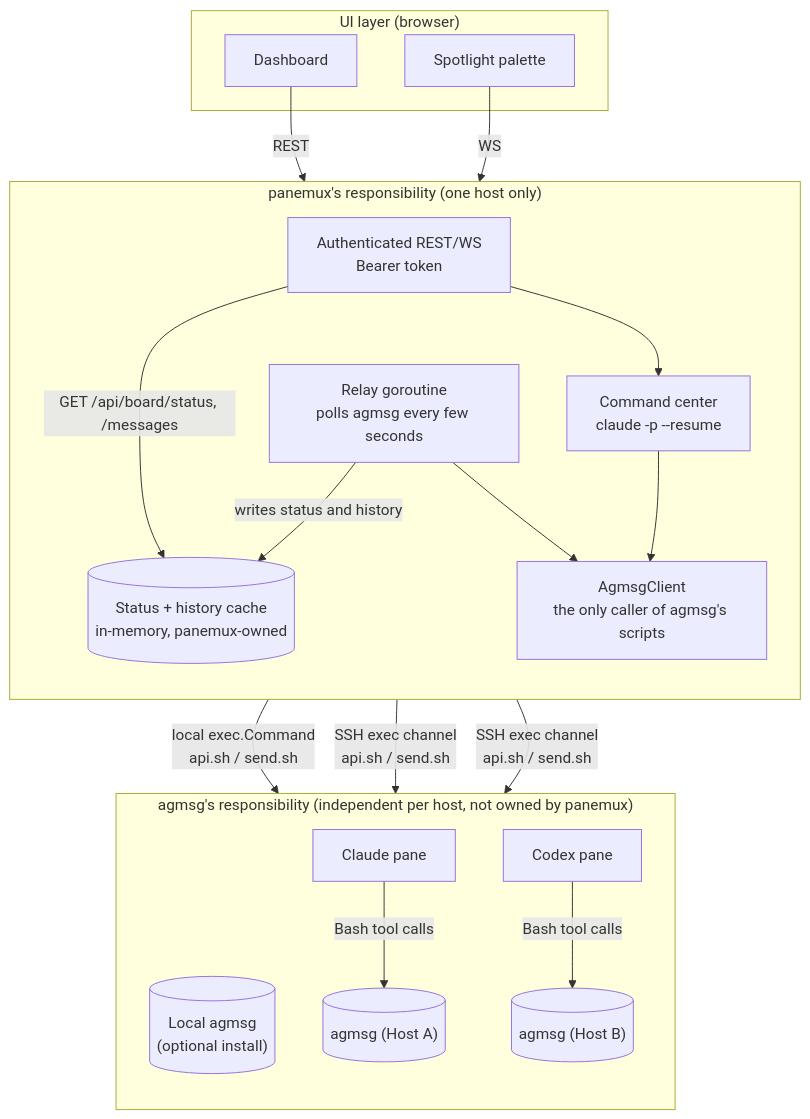
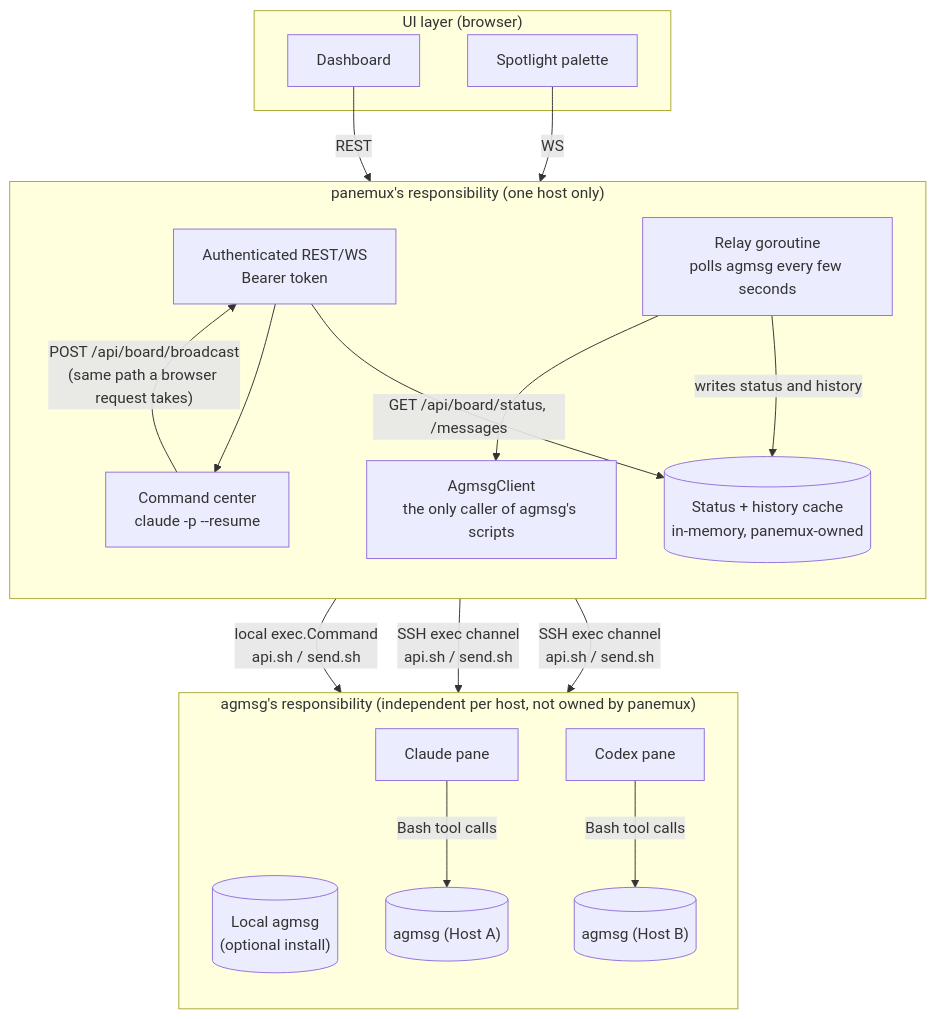
Before and after one commit to tomo-chan/panemux: the second of 4 diagrams in docs/agent-board.md, drawn with Mermaid. The commit also changed other lines of this file, not shown here.

````diff
--- a/docs/agent-board.md
+++ b/docs/agent-board.md
@@ -126,39 +136,39 @@
 ```mermaid
 flowchart TB
     subgraph UILayer["UI layer (browser)"]
         Dashboard["Dashboard"]
         Palette["Spotlight palette"]
     end
 
     subgraph PanemuxBoundary["panemux's responsibility (one host only)"]
         direction TB
         AuthAPI["Authenticated REST/WS<br/>Bearer token"]
         BoardCache[("Status + history cache<br/>in-memory, panemux-owned")]
         Relay["Relay goroutine<br/>polls agmsg every few seconds"]
         CmdCenter["Command center<br/>claude -p --resume"]
         AgmsgClient["AgmsgClient<br/>the only caller of agmsg's scripts"]
 
         AuthAPI -->|"GET /api/board/status, /messages"| BoardCache
         AuthAPI --> CmdCenter
+        CmdCenter -->|"POST /api/board/broadcast<br/>(same path a browser request takes)"| AuthAPI
         Relay -->|"writes status and history"| BoardCache
         Relay --> AgmsgClient
-        CmdCenter --> AgmsgClient
     end
 
     subgraph AgmsgBoundary["agmsg's responsibility (independent per host, not owned by panemux)"]
         direction TB
         AgmsgLocal[("Local agmsg<br/>(optional install)")]
         AgmsgA[("agmsg (Host A)")]
         ClaudeA["Claude pane"]
         AgmsgB[("agmsg (Host B)")]
         CodexB["Codex pane"]
         ClaudeA -->|"Bash tool calls"| AgmsgA
         CodexB -->|"Bash tool calls"| AgmsgB
     end
 
     Dashboard -->|"REST"| AuthAPI
     Palette -->|"WS"| AuthAPI
     AgmsgClient -->|"local exec.Command<br/>api.sh / send.sh"| AgmsgLocal
     AgmsgClient -->|"SSH exec channel<br/>api.sh / send.sh"| AgmsgA
     AgmsgClient -->|"SSH exec channel<br/>api.sh / send.sh"| AgmsgB
 ```
````
